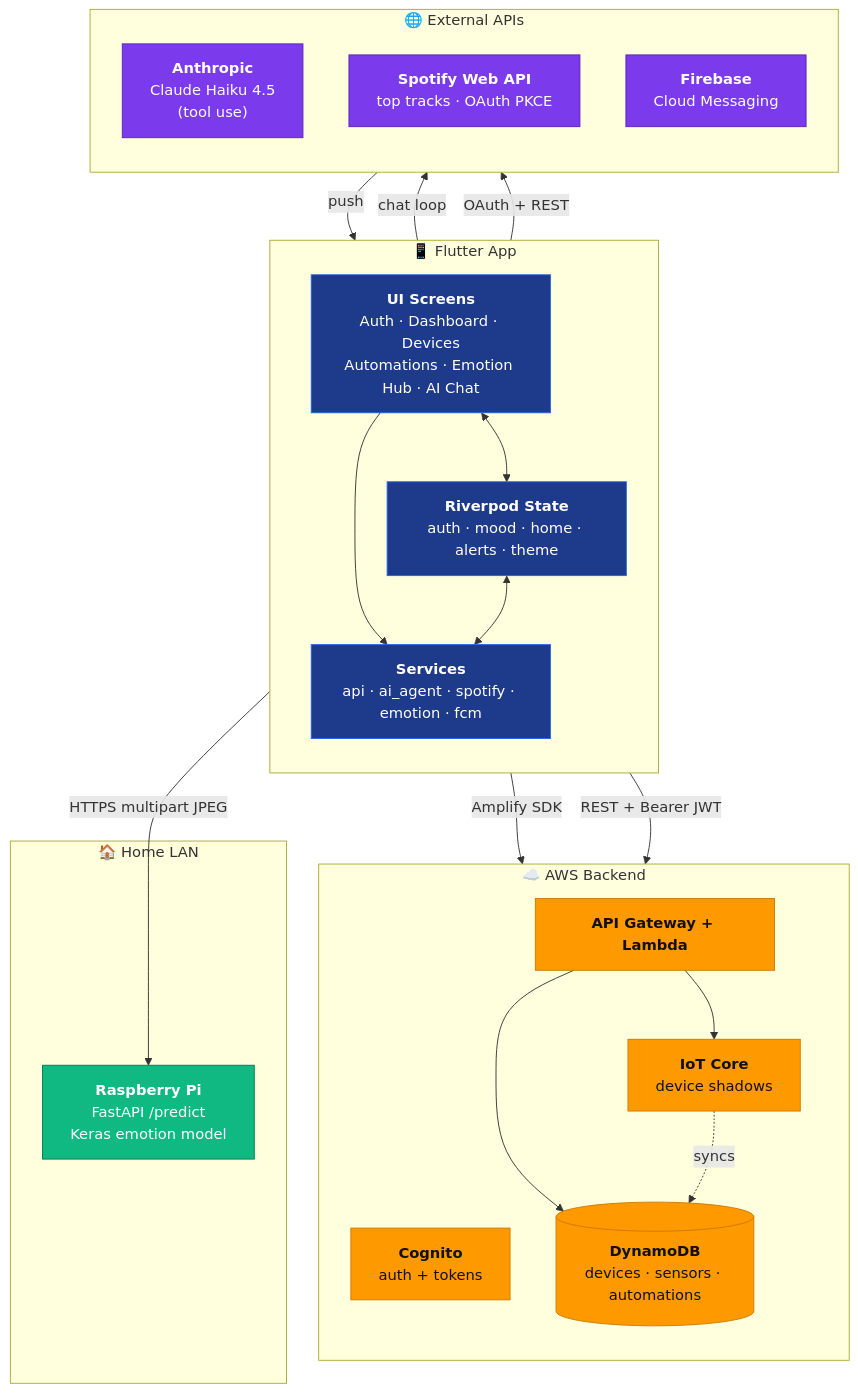
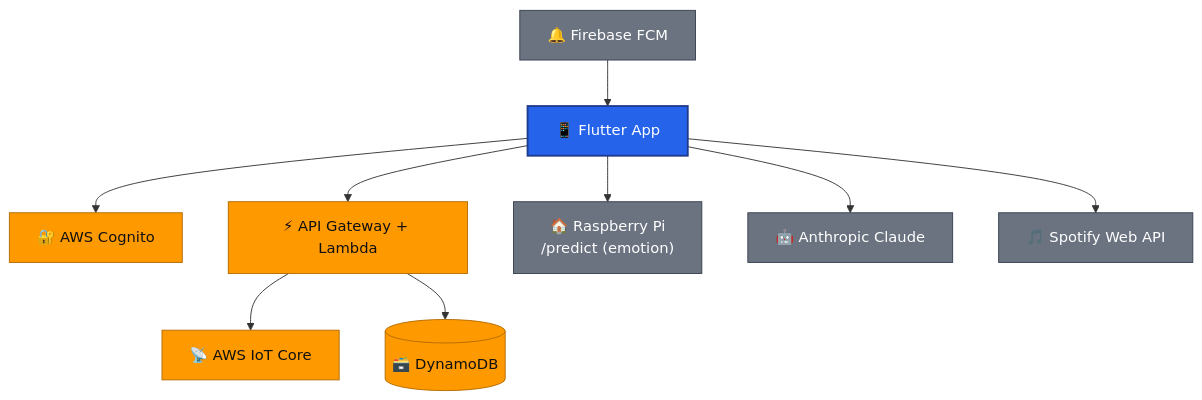
The diagram in README.md (Dutchy-O-o/smart_home), drawn with Mermaid before and after one commit.

Commit message:
docs: simplify architecture diagram

````diff
--- a/README.md
+++ b/README.md
@@ -48,50 +48,31 @@
 ```mermaid
 flowchart TB
-    subgraph App["📱 Flutter App"]
-        direction TB
-        UI["<b>UI Screens</b><br/>Auth · Dashboard · Devices<br/>Automations · Emotion Hub · AI Chat"]
-        ST["<b>Riverpod State</b><br/>auth · mood · home · alerts · theme"]
-        SV["<b>Services</b><br/>api · ai_agent · spotify · emotion · fcm"]
-        UI <--> ST
-        UI --> SV
-        ST <--> SV
-    end
+    App["📱 Flutter App"]
 
-    subgraph AWS["☁️ AWS Backend"]
-        direction TB
-        CG["<b>Cognito</b><br/>auth + tokens"]
-        GW["<b>API Gateway + Lambda</b>"]
-        IOT["<b>IoT Core</b><br/>device shadows"]
-        DB[("<b>DynamoDB</b><br/>devices · sensors · automations")]
-        GW --> IOT
-        GW --> DB
-        IOT -. syncs .-> DB
-    end
+    Cognito["🔐 AWS Cognito"]
+    Gateway["⚡ API Gateway + Lambda"]
+    IoT["📡 AWS IoT Core"]
+    DDB[("🗃️ DynamoDB")]
 
-    subgraph LAN["🏠 Home LAN"]
-        PI["<b>Raspberry Pi</b><br/>FastAPI /predict<br/>Keras emotion model"]
-    end
+    Pi["🏠 Raspberry Pi<br/>/predict (emotion)"]
+    Claude["🤖 Anthropic Claude"]
+    Spotify["🎵 Spotify Web API"]
+    FCM["🔔 Firebase FCM"]
 
-    subgraph EXT["🌐 External APIs"]
-        direction TB
-        AN["<b>Anthropic</b><br/>Claude Haiku 4.5<br/>(tool use)"]
-        SP["<b>Spotify Web API</b><br/>top tracks · OAuth PKCE"]
-        FB["<b>Firebase</b><br/>Cloud Messaging"]
-    end
+    App --> Cognito
+    App --> Gateway
+    App --> Pi
+    App --> Claude
+    App --> Spotify
+    FCM --> App
 
-    SV -->|Amplify SDK| CG
-    SV -->|REST + Bearer JWT| GW
-    SV -->|HTTPS multipart JPEG| PI
-    SV -->|chat loop| AN
-    SV -->|OAuth + REST| SP
-    FB -->|push| SV
+    Gateway --> IoT
+    Gateway --> DDB
 
-    classDef app fill:#1E3A8A,stroke:#2563EB,color:#fff
-    classDef aws fill:#FF9900,stroke:#cc7a00,color:#111
-    classDef lan fill:#10B981,stroke:#047857,color:#fff
-    classDef ext fill:#7C3AED,stroke:#5B21B6,color:#fff
-    class UI,ST,SV app
-    class CG,GW,IOT,DB aws
-    class PI lan
-    class AN,SP,FB ext
+    classDef app fill:#2563EB,stroke:#1E3A8A,color:#fff,stroke-width:2px
+    classDef aws fill:#FF9900,stroke:#B36B00,color:#111
+    classDef ext fill:#6B7280,stroke:#374151,color:#fff
+    class App app
+    class Cognito,Gateway,IoT,DDB aws
+    class Pi,Claude,Spotify,FCM ext
 ```
````
